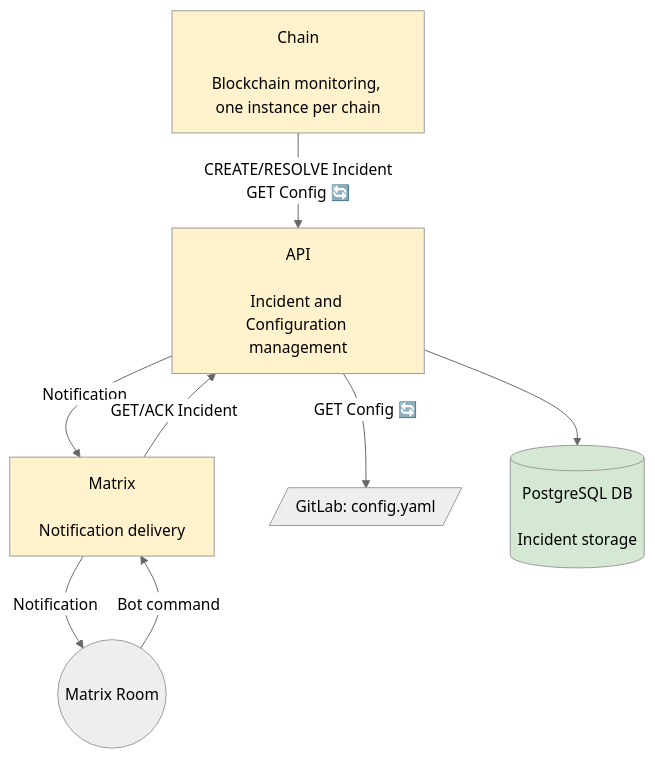
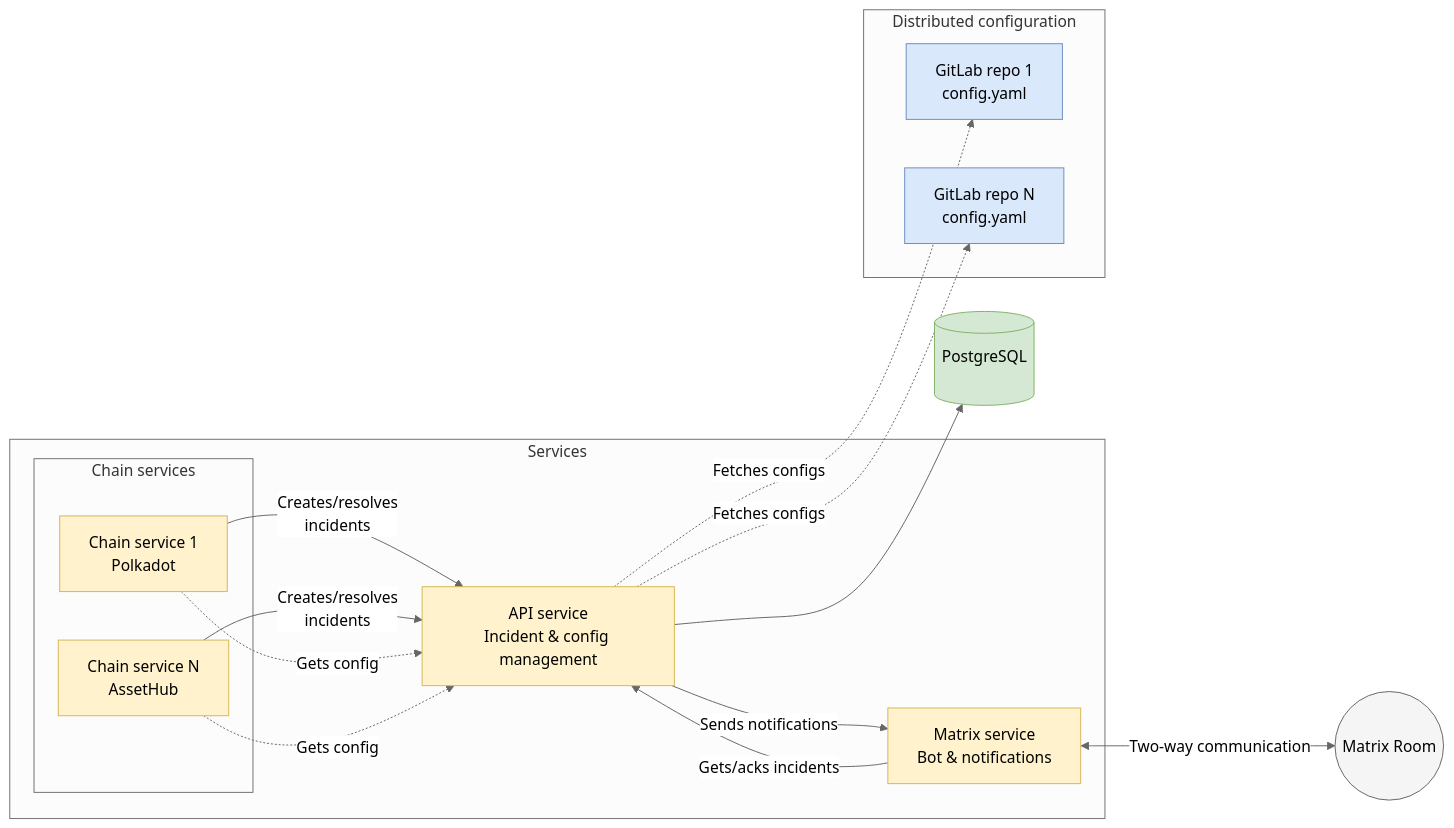
One commit to w3f/polguard changed the diagram in README.md. Above: the diagram before and after it, drawn with Mermaid (neutral theme).

Commit message:
Update mermaid diagram (#115)

````diff
--- a/README.md
+++ b/README.md
@@ -13,20 +13,44 @@
 ```mermaid
-graph TD
-    API[API<br><br>Incident and Configuration management]:::service
-    Chain[Chain<br><br>Blockchain monitoring, one instance per chain]:::service
-    Matrix[Matrix<br><br>Notification delivery]:::service
-    Room((Matrix Room))
-    GitLab[/GitLab: config.yaml/]
-    Postgres[(PostgreSQL DB<br><br>Incident storage)]:::database
+graph LR
+    %% Core Services
+    subgraph Services
+        subgraph "Chain services"
+            Chain1[Chain service 1<br>Polkadot]:::service
+            Chain2[Chain service N<br>AssetHub]:::service
 
-    Chain -- "CREATE/RESOLVE Incident<br>GET Config 🔄" --> API
-    API -- "Notification" --> Matrix
-    Matrix -- "GET/ACK Incident" --> API
-    Matrix -- "Notification" --> Room
-    Room -- "Bot command" --> Matrix
-    API -- "GET Config 🔄" --> GitLab
+        end
+        API[API service<br>Incident & config management]:::service
+        Matrix[Matrix service<br>Bot & notifications]:::service
+    end
+    
+    %% External Components
+    Postgres[(PostgreSQL<br><br>)]:::database
+    
+    subgraph "Distributed configuration"
+        GitLab1[GitLab repo 1<br>config.yaml]:::config
+        GitLab2[GitLab repo N<br>config.yaml]:::config
+    end
+    
+    Room((Matrix Room)):::external
+    
+    %% Connections with simplified labels
+    Chain1 & Chain2 -->|Creates/resolves<br>incidents| API
+    Chain1 & Chain2 -.->|Gets config| API
+    API -->|Sends notifications| Matrix
+    Matrix -->|Gets/acks incidents| API
+    Matrix <-->|Two-way communication| Room
+    API -.->|Fetches configs| GitLab1 & GitLab2
     API --> Postgres
     
-    classDef service fill:#FFF2CC
-    classDef database fill:#D4E8D4
+    %% Styling
+    classDef service fill:#FFF2CC,stroke:#D6B656,stroke-width:1px
+    classDef database fill:#D4E8D4,stroke:#82B366,stroke-width:1px
+    classDef config fill:#DAE8FC,stroke:#6C8EBF,stroke-width:1px
+    classDef external fill:#F5F5F5,stroke:#666666,stroke-width:1px
+    
+    %% Clickable links to README files
+    click Chain1 "packages/chain/README.md" "Chain Service Documentation"
+    click Chain2 "packages/chain/README.md" "Chain Service Documentation"
+    click API "packages/api/README.md" "API Service Documentation"
+    click Matrix "packages/matrix/README.md" "Matrix Service Documentation"
 ```
````
